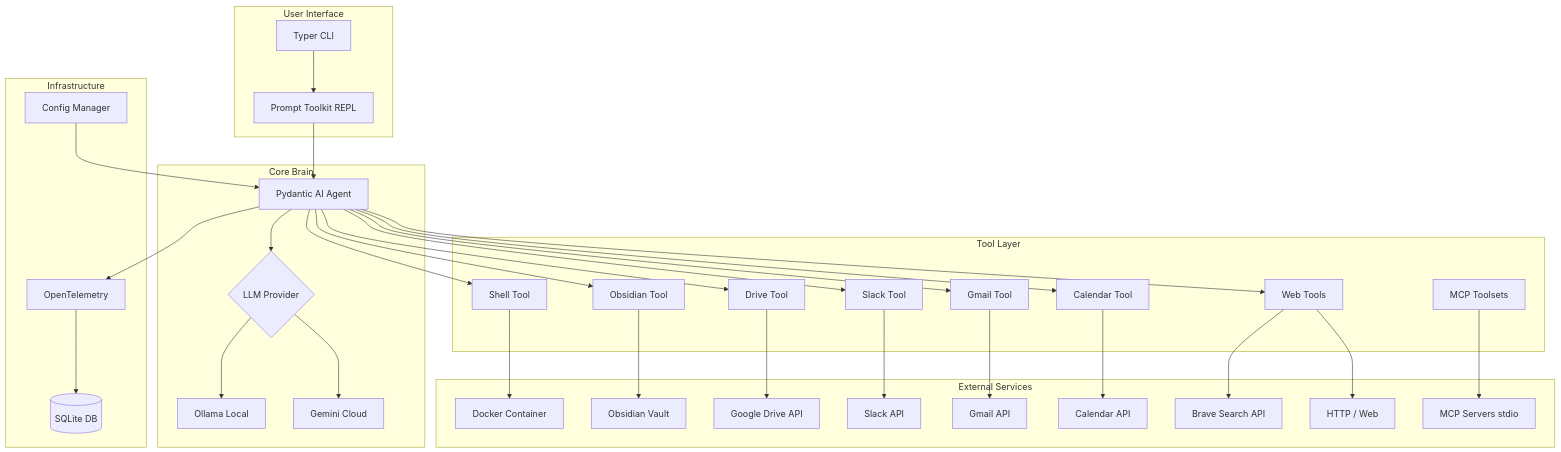
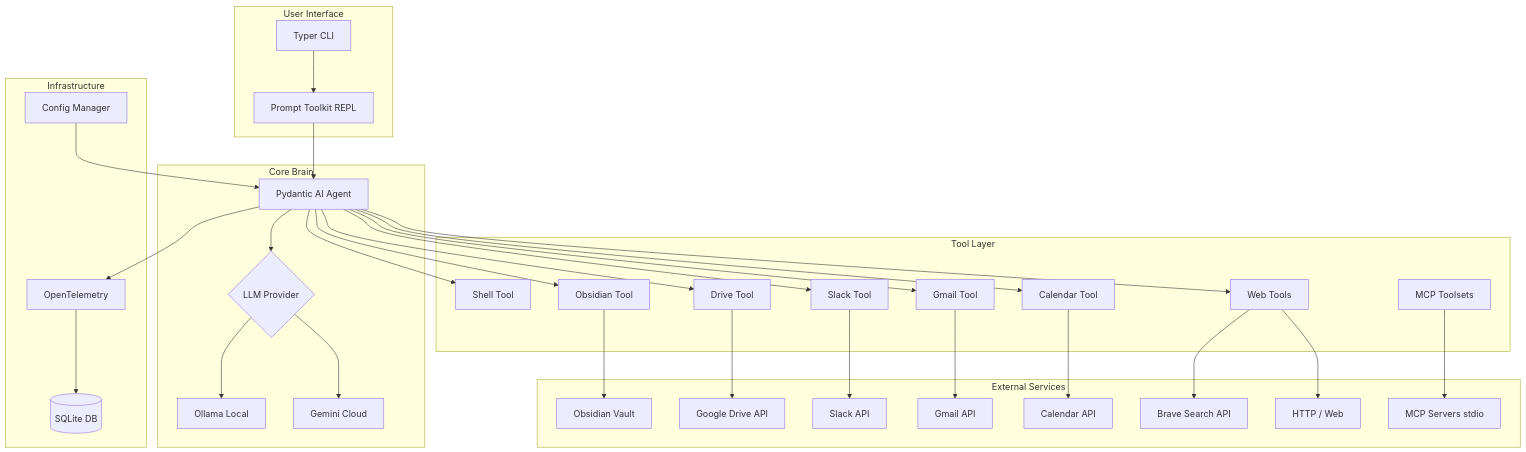
One commit to binlecode/co-cli changed the diagram in docs/DESIGN-00-co-cli.md. Above: the diagram before and after it, drawn with Mermaid. The commit also changed other lines of this file and 48 other files, not shown here.

First line of the commit message:
Drop Docker sandbox — promote ShellBackend as sole execution model

````diff
--- a/docs/DESIGN-00-co-cli.md
+++ b/docs/DESIGN-00-co-cli.md
@@ -14,71 +14,69 @@
 ```mermaid
 graph TB
     subgraph User Interface
         CLI[Typer CLI]
         REPL[Prompt Toolkit REPL]
     end
 
     subgraph Core Brain
         Agent[Pydantic AI Agent]
         LLM{LLM Provider}
         Ollama[Ollama Local]
         Gemini[Gemini Cloud]
     end
 
     subgraph Tool Layer
         ToolShell[Shell Tool]
         ToolObsidian[Obsidian Tool]
         ToolDrive[Drive Tool]
         ToolGmail[Gmail Tool]
         ToolCalendar[Calendar Tool]
         ToolSlack[Slack Tool]
         ToolWeb[Web Tools]
         MCP[MCP Toolsets]
     end
 
     subgraph External Services
-        Docker[Docker Container]
         ObsVault[Obsidian Vault]
         GDrive[Google Drive API]
         SlackAPI[Slack API]
         GmailAPI[Gmail API]
         GCal[Calendar API]
         BraveAPI[Brave Search API]
         HTTP[HTTP / Web]
         MCPServers[MCP Servers stdio]
     end
 
     subgraph Infrastructure
         Config[Config Manager]
         Telemetry[OpenTelemetry]
         SQLite[(SQLite DB)]
     end
 
     CLI --> REPL
     REPL --> Agent
     Agent --> LLM
     LLM --> Ollama
     LLM --> Gemini
 
     Agent --> ToolShell
     Agent --> ToolObsidian
     Agent --> ToolDrive
     Agent --> ToolGmail
     Agent --> ToolCalendar
     Agent --> ToolSlack
     Agent --> ToolWeb
 
-    ToolShell --> Docker
     ToolObsidian --> ObsVault
     ToolDrive --> GDrive
     ToolGmail --> GmailAPI
     ToolCalendar --> GCal
     ToolSlack --> SlackAPI
     ToolWeb --> BraveAPI
     ToolWeb --> HTTP
     MCP --> MCPServers
 
     Config --> Agent
     Agent --> Telemetry
     Telemetry --> SQLite
 ```
````
